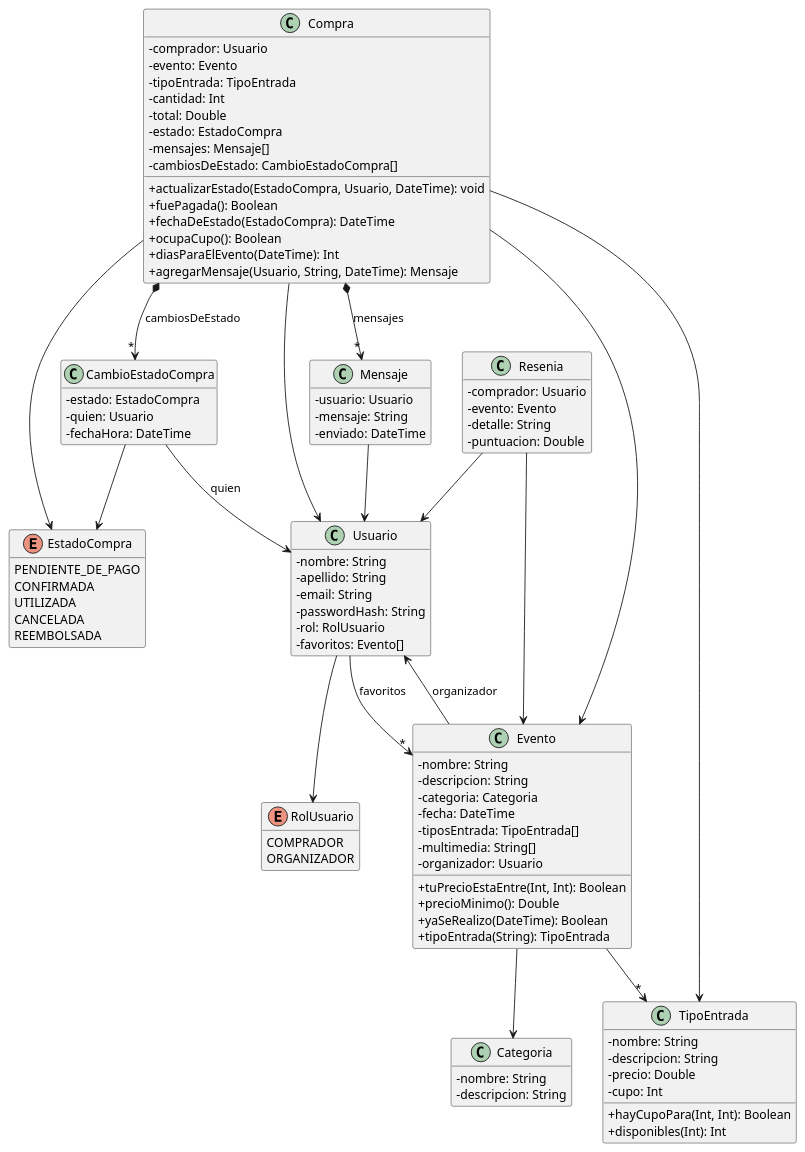
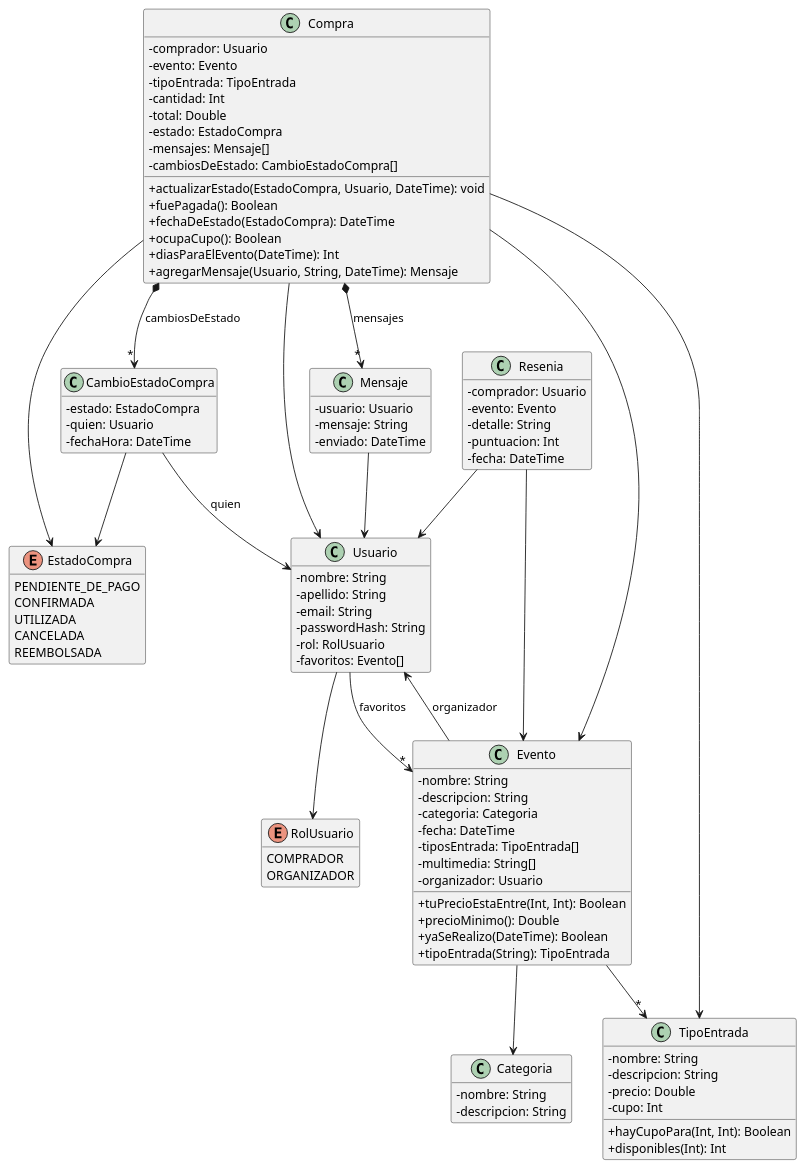
Before and after one commit to MCamachoGarcia/ddso-ticketit-ai: the diagram in docs/diagrama-dominio.puml, drawn with PlantUML. The commit also changed 1 other file, not shown here.

Commit message:
docs: reseñas colección de Postman y en el diagrama

```diff
--- a/docs/diagrama-dominio.puml
+++ b/docs/diagrama-dominio.puml
@@ -1,116 +1,117 @@
 @startuml diagrama-dominio
 ' Diagrama tentativo del dominio sugerido por el enunciado de AI Ticket It
 skinparam classAttributeIconSize 0
 hide empty members
 
 ' ---------- Enums ----------
 enum EstadoCompra {
   PENDIENTE_DE_PAGO
   CONFIRMADA
   UTILIZADA
   CANCELADA
   REEMBOLSADA
 }
 
 enum RolUsuario {
   COMPRADOR
   ORGANIZADOR
 }
 
 ' ---------- Clases ----------
 class Usuario {
   - nombre: String
   - apellido: String
   - email: String
   - passwordHash: String
   - rol: RolUsuario
   - favoritos: Evento[]
 }
 
 class Categoria {
   - nombre: String
   - descripcion: String
 }
 
 class TipoEntrada {
   - nombre: String
   - descripcion: String
   - precio: Double
   - cupo: Int
   + hayCupoPara(Int, Int): Boolean
   + disponibles(Int): Int
 }
 
 class Evento {
   - nombre: String
   - descripcion: String
   - categoria: Categoria
   - fecha: DateTime
   - tiposEntrada: TipoEntrada[]
   - multimedia: String[]
   - organizador: Usuario
   + tuPrecioEstaEntre(Int, Int): Boolean
   + precioMinimo(): Double
   + yaSeRealizo(DateTime): Boolean
   + tipoEntrada(String): TipoEntrada
 }
 
 class Compra {
   - comprador: Usuario
   - evento: Evento
   - tipoEntrada: TipoEntrada
   - cantidad: Int
   - total: Double
   - estado: EstadoCompra
   - mensajes: Mensaje[]
   - cambiosDeEstado: CambioEstadoCompra[]
   + actualizarEstado(EstadoCompra, Usuario, DateTime): void
   + fuePagada(): Boolean
   + fechaDeEstado(EstadoCompra): DateTime
   + ocupaCupo(): Boolean
   + diasParaElEvento(DateTime): Int
   + agregarMensaje(Usuario, String, DateTime): Mensaje
 }
 
 class CambioEstadoCompra {
   - estado: EstadoCompra
   - quien: Usuario
   - fechaHora: DateTime
 }
 
 class Mensaje {
   - usuario: Usuario
   - mensaje: String
   - enviado: DateTime
 }
 
 class Resenia {
   - comprador: Usuario
   - evento: Evento
   - detalle: String
-  - puntuacion: Double
+  - puntuacion: Int
+  - fecha: DateTime
 }
 
 ' ---------- Relaciones ----------
 Usuario --> RolUsuario
 Usuario --> "*" Evento : favoritos
 Evento --> Usuario : organizador
 Evento --> Categoria
 Evento --> "*" TipoEntrada
 
 Compra --> Usuario
 Compra --> Evento
 Compra --> TipoEntrada
 Compra *--> "*" Mensaje : mensajes
 Compra --> EstadoCompra
 Compra *--> "*" CambioEstadoCompra : cambiosDeEstado
 
 CambioEstadoCompra --> Usuario : quien
 CambioEstadoCompra --> EstadoCompra
 
 Mensaje --> Usuario
 
 Resenia --> Usuario
 Resenia --> Evento
 
 @enduml
```
